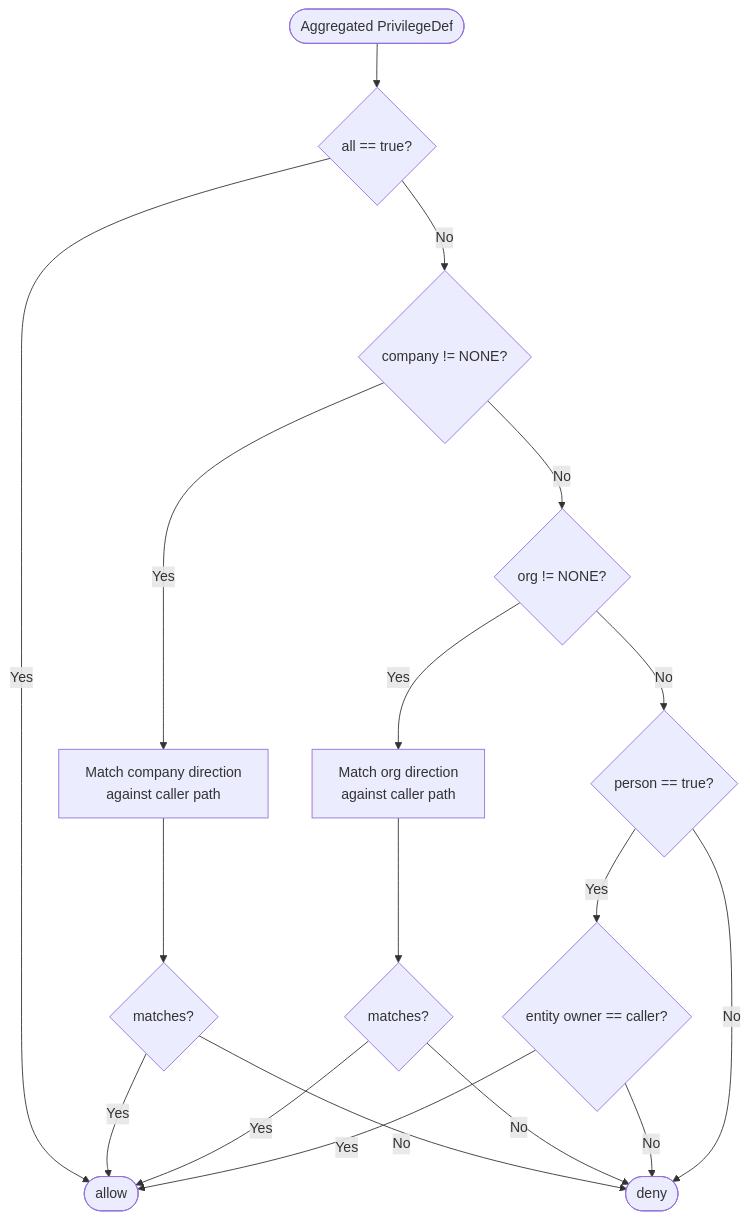
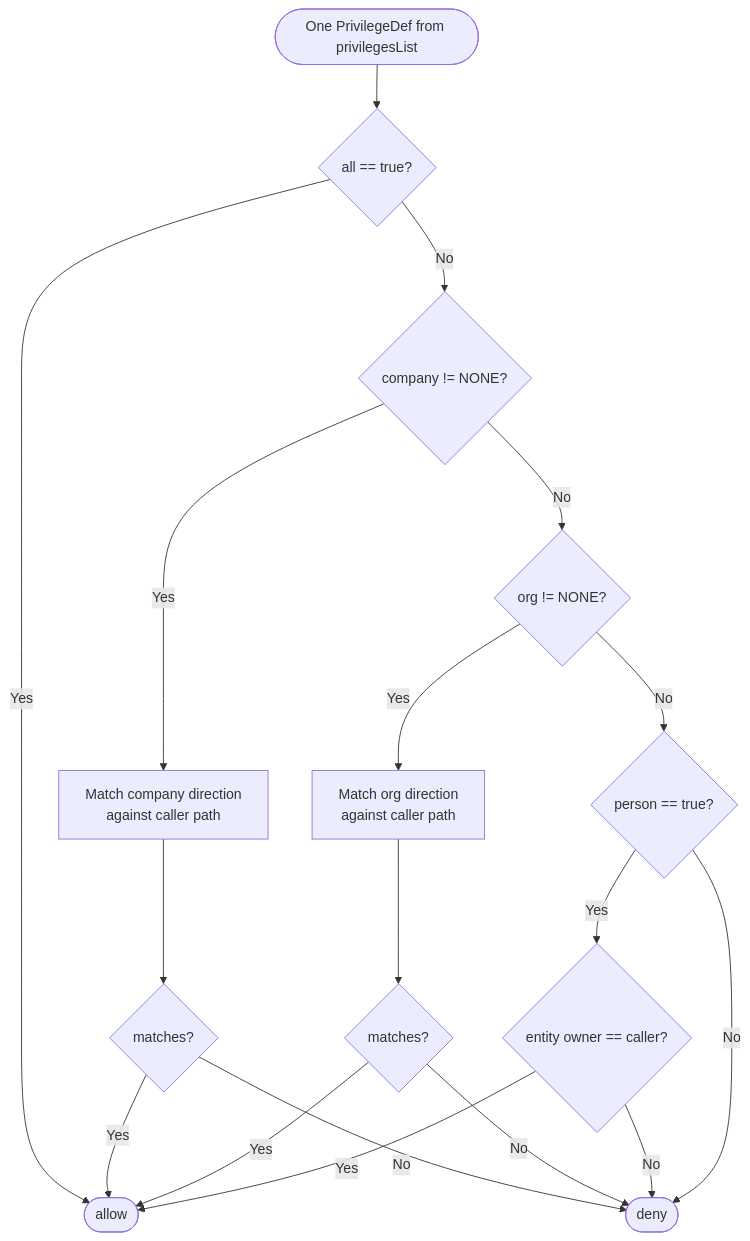
The diagram in docs/reference/privilege-model.md (Nomendi6/orgsec), drawn with Mermaid before and after one commit. The commit also changed other lines of this file and 15 other files, not shown here.

````diff
--- a/docs/reference/privilege-model.md
+++ b/docs/reference/privilege-model.md
@@ -146,20 +150,20 @@
 ```mermaid
 flowchart TB
-    Start([Aggregated PrivilegeDef]) --> AllShort{all == true?}
+    Start([One PrivilegeDef from privilegesList]) --> AllShort{all == true?}
     AllShort -- Yes --> Allow([allow])
     AllShort -- No --> CompCheck{company != NONE?}
     CompCheck -- Yes --> CompMatch[Match company direction<br/>against caller path]
     CompMatch --> CompResult{matches?}
     CompResult -- Yes --> Allow
     CompResult -- No --> Deny([deny])
     CompCheck -- No --> OrgCheck{org != NONE?}
     OrgCheck -- Yes --> OrgMatch[Match org direction<br/>against caller path]
     OrgMatch --> OrgResult{matches?}
     OrgResult -- Yes --> Allow
     OrgResult -- No --> Deny
     OrgCheck -- No --> PersonCheck{person == true?}
     PersonCheck -- Yes --> PersonMatch{entity owner == caller?}
     PersonMatch -- Yes --> Allow
     PersonMatch -- No --> Deny
     PersonCheck -- No --> Deny
 ```
````
